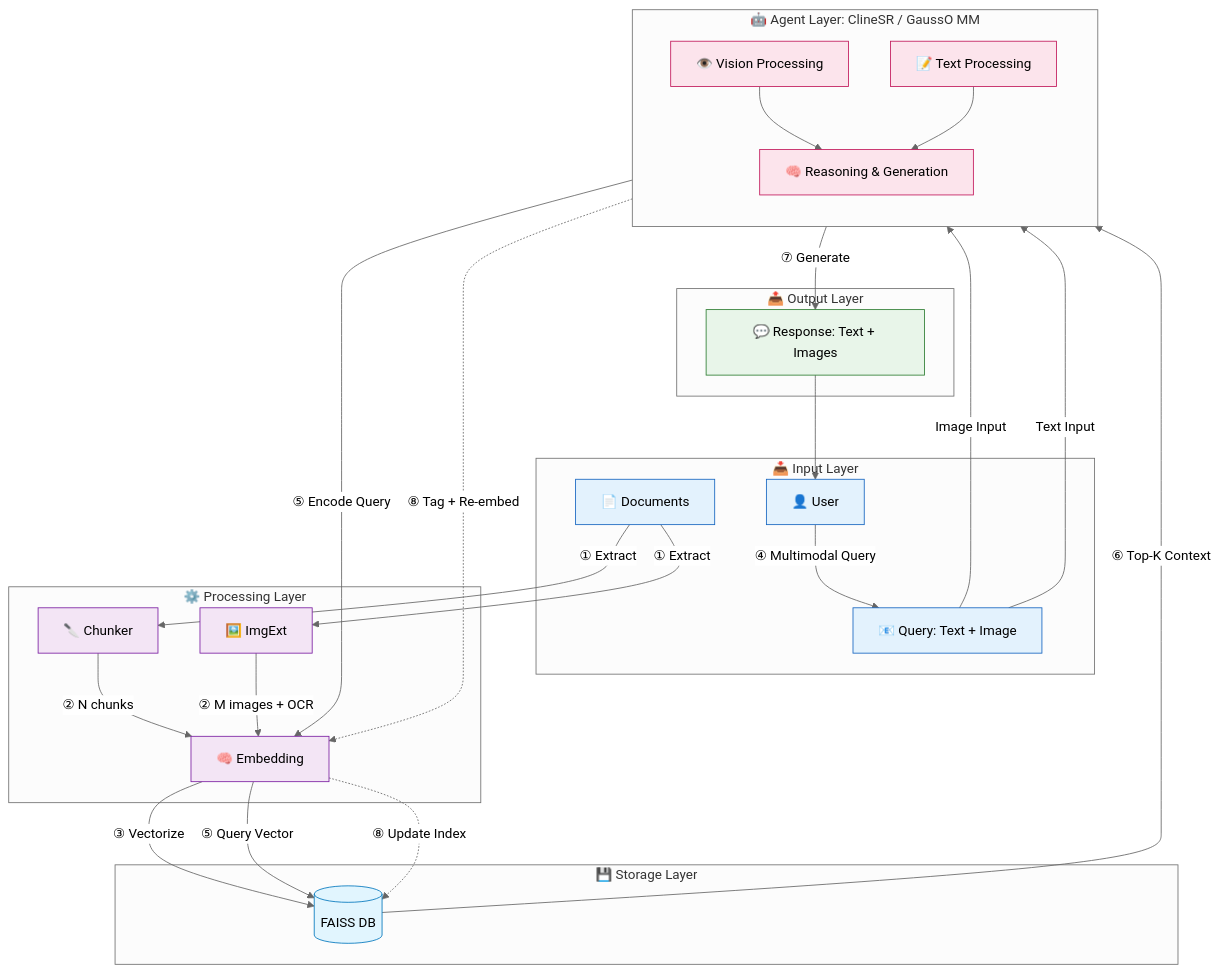
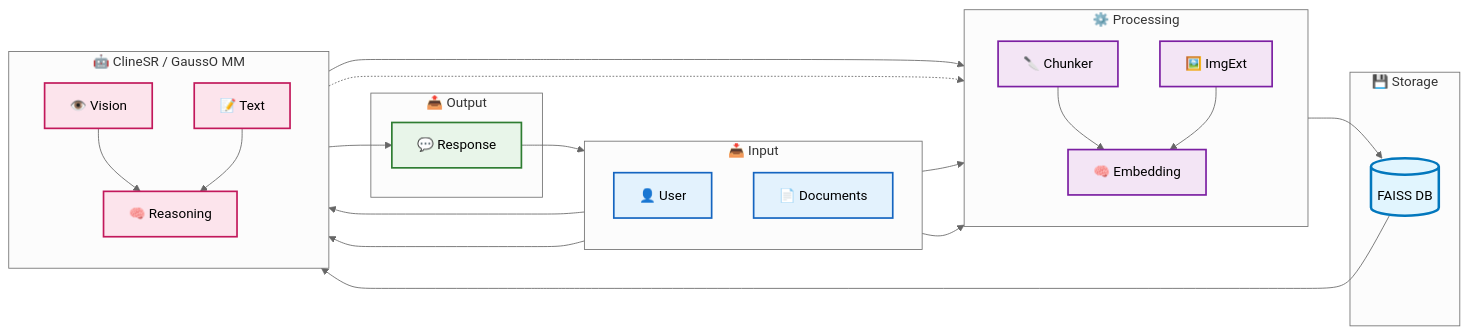
The fourth of 4 diagrams in report-doc/11-report-clineSR-withRAG.md (ngcix/doc-rag), drawn with Mermaid (neutral theme) before and after one commit. The commit also changed other lines of this file, not shown here.

Commit message:
update report full

````diff
--- a/report-doc/11-report-clineSR-withRAG.md
+++ b/report-doc/11-report-clineSR-withRAG.md
@@ -69,66 +69,64 @@
 ```mermaid
-flowchart TB
-    subgraph INPUT [📥 Input Layer]
+flowchart LR
+    subgraph INPUT [📥 Input]
+        direction TB
         User[👤 User]
         Docs[📄 Documents]
-        QueryInput[📧 Query: Text + Image]
     end
 
-    subgraph PROCESS [⚙️ Processing Layer]
+    subgraph PROCESS [⚙️ Processing]
+        direction TB
         Chunker[🔪 Chunker]
         ImgExt[🖼️ ImgExt]
         Embed[🧠 Embedding]
     end
 
-    subgraph STORAGE [💾 Storage Layer]
+    subgraph STORAGE [💾 Storage]
         FAISS[(FAISS DB)]
     end
 
-    subgraph AGENT [🤖 Agent Layer: ClineSR / GaussO MM]
+    subgraph AGENT [🤖 ClineSR / GaussO MM]
         direction TB
-        VisionProc[👁️ Vision Processing]
-        TextProc[📝 Text Processing]
-        Reasoning[🧠 Reasoning & Generation]
+        VisionProc[👁️ Vision]
+        TextProc[📝 Text]
+        Reasoning[🧠 Reasoning]
     end
 
-    subgraph OUTPUT [📤 Output Layer]
-        Response[💬 Response: Text + Images]
+    subgraph OUTPUT [📤 Output]
+        Response[💬 Response]
     end
 
-    %% Ingestion Flow (①②③)
-    Docs -->|① Extract| Chunker
-    Docs -->|① Extract| ImgExt
-    Chunker -->|② N chunks| Embed
-    ImgExt -->|② M images + OCR| Embed
-    Embed -->|③ Vectorize| FAISS
+    %% Ingestion: Docs → Process → Storage
+    Docs --> Chunker
+    Docs --> ImgExt
+    Chunker --> Embed
+    ImgExt --> Embed
+    Embed --> FAISS
 
-    %% Query Flow (④⑤⑥⑦)
-    User -->|④ Multimodal Query| QueryInput
-    QueryInput -->|Image Input| VisionProc
-    QueryInput -->|Text Input| TextProc
+    %% Query: User → Agent → Process → Storage → Agent → Output
+    User --> VisionProc
+    User --> TextProc
     VisionProc --> Reasoning
     TextProc --> Reasoning
-    Reasoning -->|⑤ Encode Query| Embed
-    Embed -->|⑤ Query Vector| FAISS
-    FAISS -->|⑥ Top-K Context| Reasoning
-    Reasoning -->|⑦ Generate| Response
+    Reasoning --> Embed
+    FAISS --> Reasoning
+    Reasoning --> Response
 
-    %% Feedback Flow (⑧)
-    Reasoning -.->|⑧ Tag + Re-embed| Embed
-    Embed -.->|⑧ Update Index| FAISS
+    %% Feedback: Agent → Process → Storage
+    Reasoning -.-> Embed
 
-    %% Output to User
+    %% Output back to User
     Response --> User
 
-    classDef inputStyle fill:#e3f2fd,stroke:#1565c0
-    classDef processStyle fill:#f3e5f5,stroke:#7b1fa2
-    classDef storageStyle fill:#e1f5fe,stroke:#0277bd
-    classDef agentStyle fill:#fce4ec,stroke:#c2185b
-    classDef outputStyle fill:#e8f5e9,stroke:#2e7d32
+    classDef inputStyle fill:#e3f2fd,stroke:#1565c0,stroke-width:2px
+    classDef processStyle fill:#f3e5f5,stroke:#7b1fa2,stroke-width:2px
+    classDef storageStyle fill:#e1f5fe,stroke:#0277bd,stroke-width:3px
+    classDef agentStyle fill:#fce4ec,stroke:#c2185b,stroke-width:2px
+    classDef outputStyle fill:#e8f5e9,stroke:#2e7d32,stroke-width:2px
 
-    class User,Docs,QueryInput inputStyle
+    class User,Docs inputStyle
     class Chunker,ImgExt,Embed processStyle
     class FAISS storageStyle
     class VisionProc,TextProc,Reasoning agentStyle
     class Response outputStyle
 ```
````
